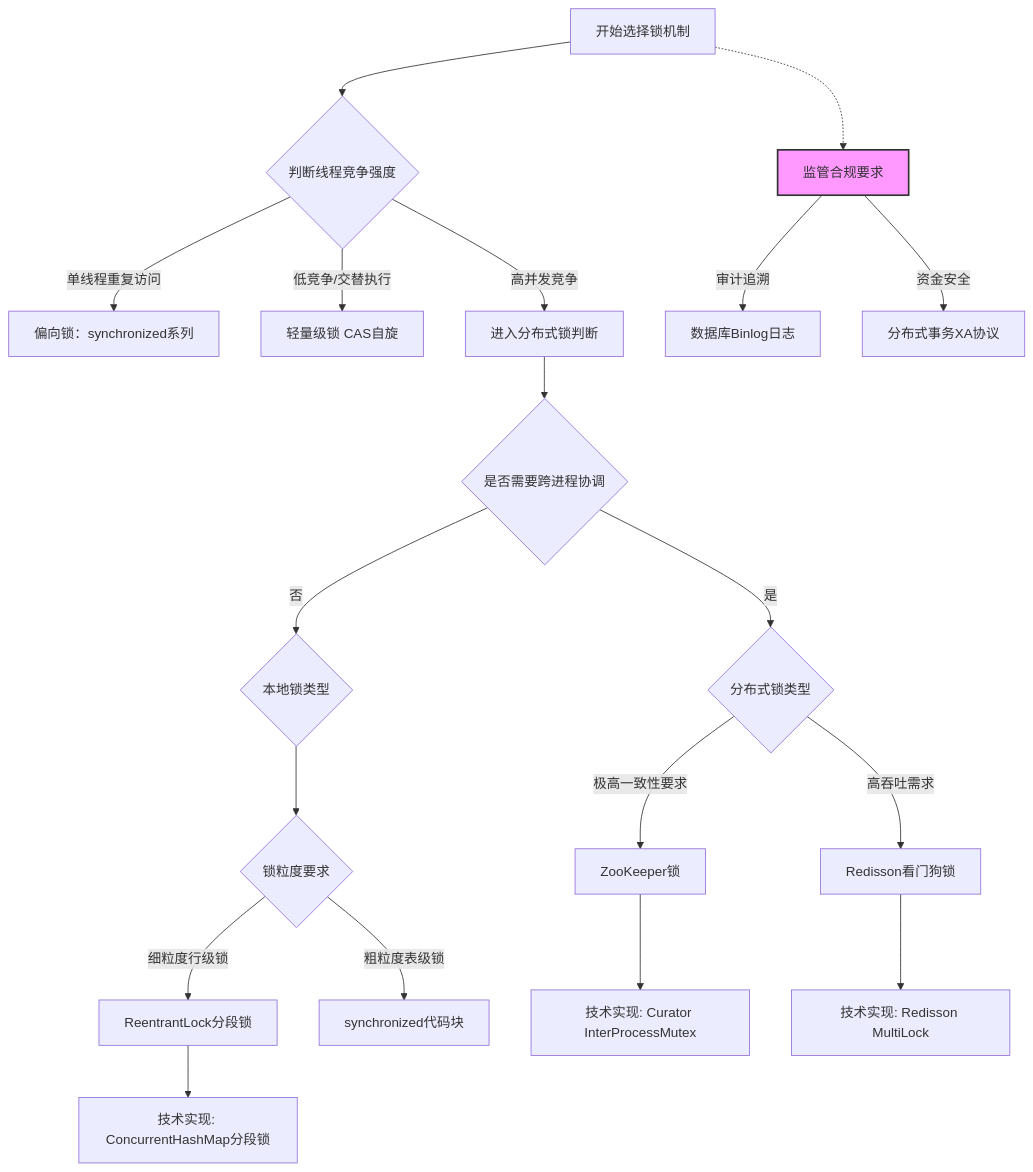
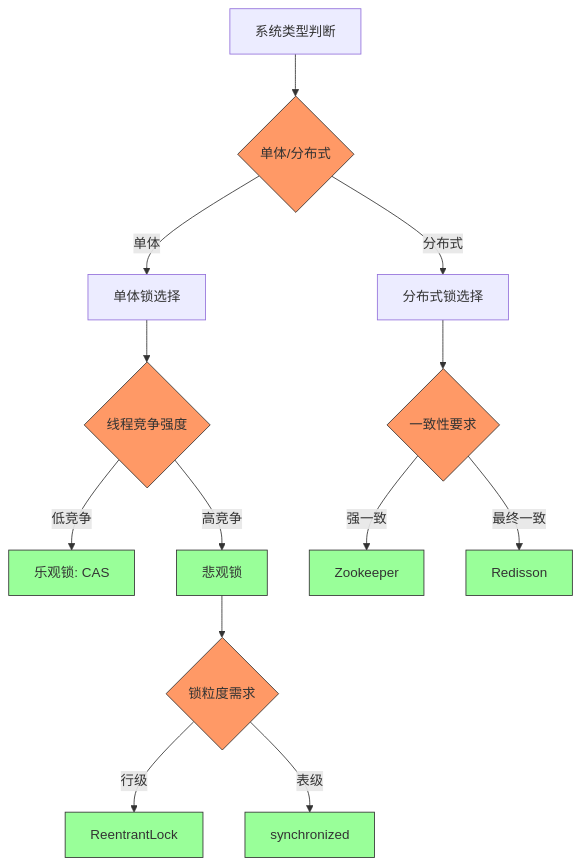
The second of 5 diagrams in fintech_lock.md (ouyangshourui/Java_Base_Pratice), drawn with Mermaid before and after one commit. The commit also changed other lines of this file, not shown here.

````diff
--- a/fintech_lock.md
+++ b/fintech_lock.md
@@ -43,30 +40,23 @@
 ```mermaid
 graph TD
-    Start[开始选择锁机制] --> ThreadContention{判断线程竞争强度}
+    Start[系统类型判断] --> SysType{单体/分布式}
+    SysType -->|单体| Monolithic[单体锁选择]
+    SysType -->|分布式| Distributed[分布式锁选择]
     
-    ThreadContention -->|单线程重复访问| BiasLock[偏向锁：synchronized系列]
-    ThreadContention -->|低竞争/交替执行| LightweightLock[轻量级锁 CAS自旋]
-    ThreadContention -->|高并发竞争| HeavyLock[进入分布式锁判断]
+    Monolithic --> ThreadLevel{线程竞争强度}
+    ThreadLevel -->|低竞争| Optimistic[乐观锁: CAS]
+    ThreadLevel -->|高竞争| Pessimistic[悲观锁]
     
-    HeavyLock --> DistributedCheck{是否需要跨进程协调}
+    Pessimistic --> LockType{锁粒度需求}
+    LockType -->|行级| RowLock[ReentrantLock]
+    LockType -->|表级| TableLock[synchronized]
     
-    DistributedCheck -->|是| DistributedLock{分布式锁类型}
-    DistributedCheck -->|否| LocalLock{本地锁类型}
+    Distributed --> ConsistenceLevel{一致性要求}
+    ConsistenceLevel -->|强一致| ZKLock[Zookeeper]
+    ConsistenceLevel -->|最终一致| RedisLock[Redisson]
     
-    DistributedLock -->|极高一致性要求| ZKLock[ZooKeeper锁]
-    DistributedLock -->|高吞吐需求| RedisLock[Redisson看门狗锁]
-    
-    LocalLock --> Granularity{锁粒度要求}
-    Granularity -->|细粒度行级锁| SegmentLock[ReentrantLock分段锁]
-    Granularity -->|粗粒度表级锁| SynchronizedLock[synchronized代码块]
-    
-    ZKLock --> ZKImpl[技术实现: Curator InterProcessMutex]
-    RedisLock --> RedisImpl[技术实现: Redisson MultiLock]
-    SegmentLock --> SegmentImpl[技术实现: ConcurrentHashMap分段锁]
-    
-    Start -.-> ComplianceCheck[监管合规要求]:::important
-    ComplianceCheck -->|审计追溯| Binlog[数据库Binlog日志] 
-    ComplianceCheck -->|资金安全| XA[分布式事务XA协议]
-    
-    classDef important fill:#f9f,stroke:#333,stroke-width:2px;
+    classDef decision fill:#f96,stroke:#333;
+    classDef action fill:#9f9,stroke:#333;
+    class SysType,ThreadLevel,LockType,ConsistenceLevel decision;
+    class Optimistic,Pessimistic,RowLock,TableLock,ZKLock,RedisLock action;
 ```
````
